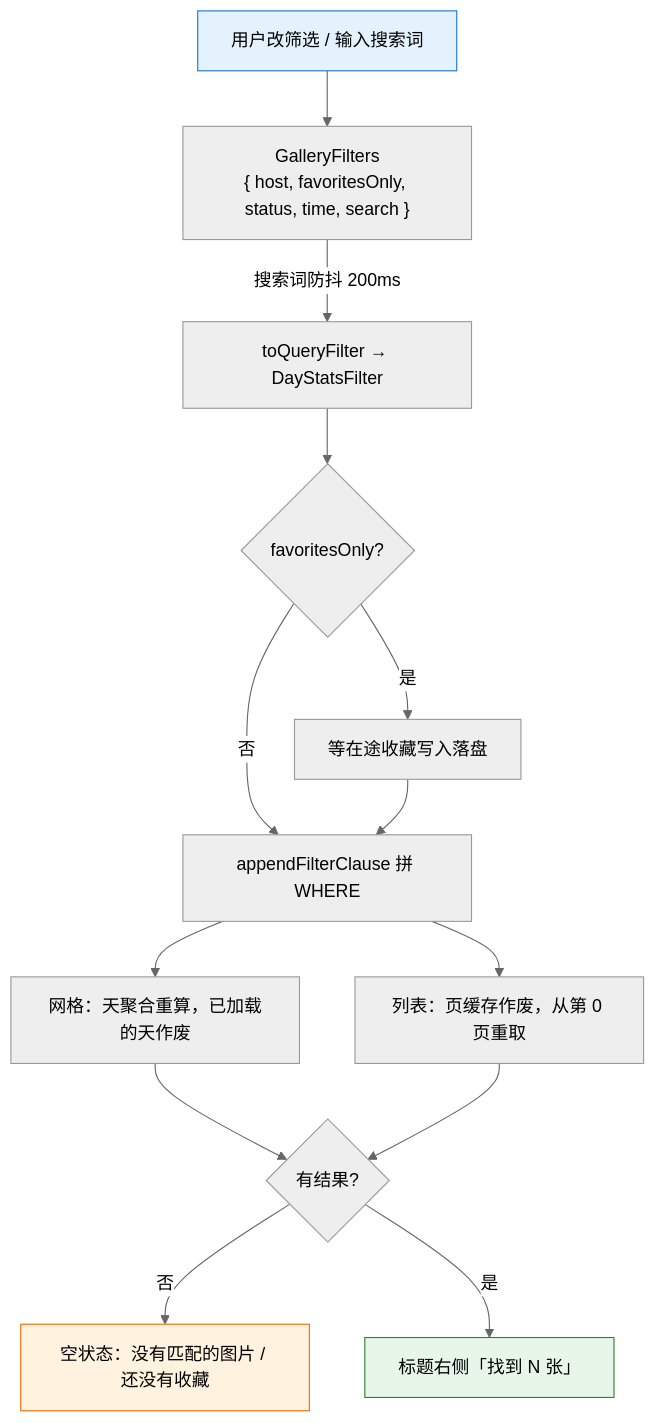
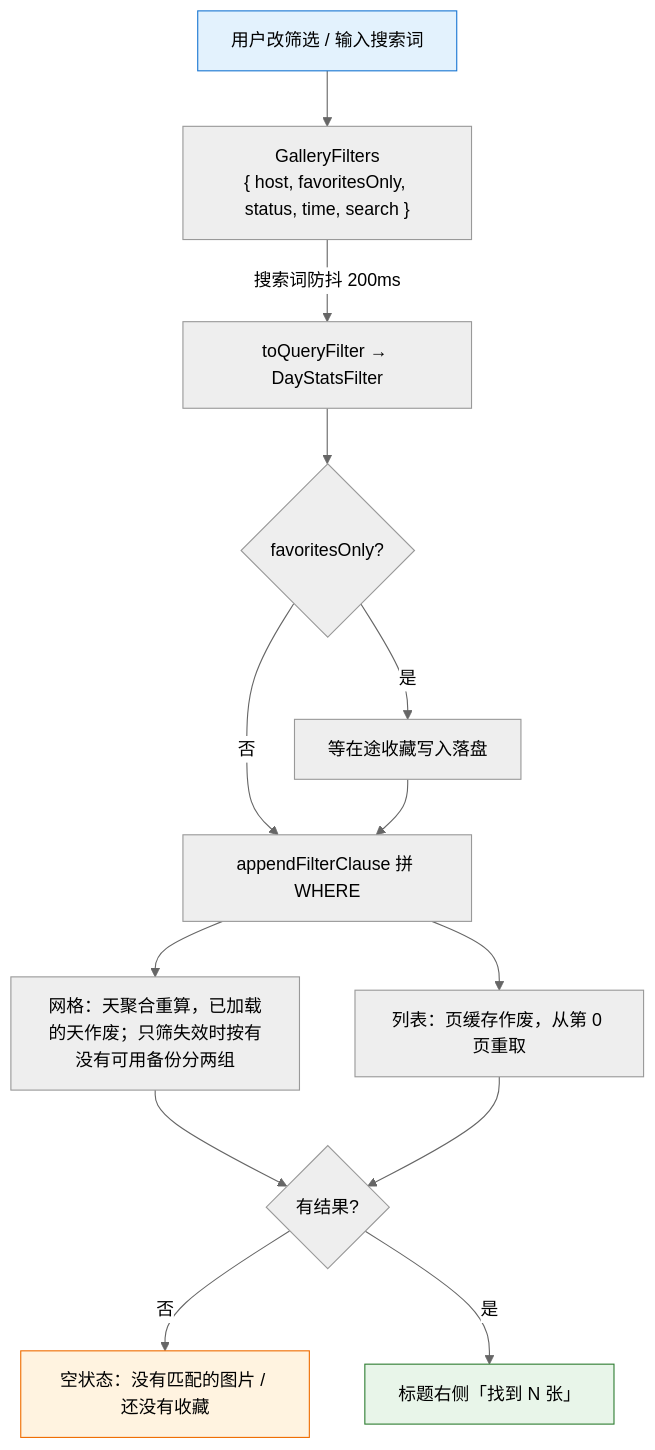
One commit to joeyliu6/PicNexus changed the second of 3 diagrams in docs/flows/history-flow.md. Above: the diagram before and after it, drawn with Mermaid (neutral theme). The commit also changed other lines of this file and 1 other file, not shown here.

Commit message:
docs(gallery): describe the two dead sections in the history flow

````diff
--- a/docs/flows/history-flow.md
+++ b/docs/flows/history-flow.md
@@ -61,18 +63,18 @@
 ```mermaid
 flowchart TD
     A[用户改筛选 / 输入搜索词] --> B["GalleryFilters\n{ host, favoritesOnly, status, time, search }"]
     B -- 搜索词防抖 200ms --> C["toQueryFilter → DayStatsFilter"]
     C --> D{favoritesOnly?}
     D -- 是 --> D1[等在途收藏写入落盘]
     D -- 否 --> E
     D1 --> E["appendFilterClause 拼 WHERE"]
-    E --> F1[网格：天聚合重算，已加载的天作废]
+    E --> F1[网格：天聚合重算，已加载的天作废；只筛失效时按有没有可用备份分两组]
     E --> F2[列表：页缓存作废，从第 0 页重取]
     F1 & F2 --> G{有结果?}
     G -- 否 --> G1["空状态：没有匹配的图片 / 还没有收藏"]
     G -- 是 --> G2["标题右侧「找到 N 张」"]
 
     style A fill:#e3f2fd,stroke:#1976d2
     style G2 fill:#e8f5e9,stroke:#2e7d32
     style G1 fill:#fff3e0,stroke:#ef6c00
 ```
````
